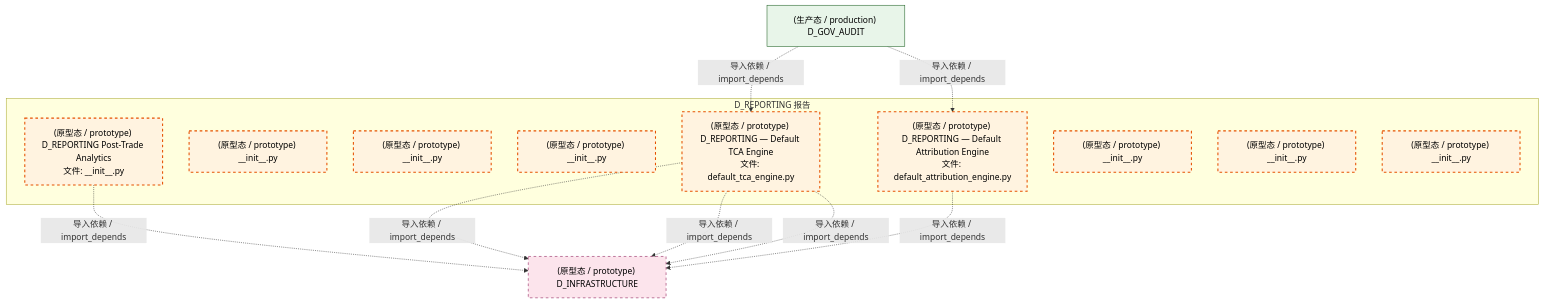
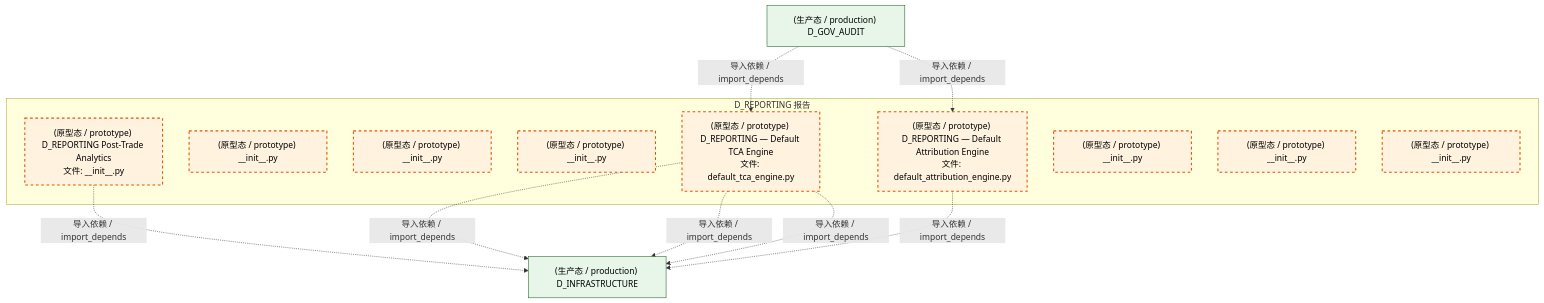
Before and after one commit to xuanFelixVan/ZephyrAlpha: the third of 4 diagrams in docs/02_enterprise_architecture/02_domain_architecture_docs/23_d_reporting.md, drawn with Mermaid. The commit also changed other lines of this file and 125 other files, not shown here.

````diff
--- a/docs/02_enterprise_architecture/02_domain_architecture_docs/23_d_reporting.md
+++ b/docs/02_enterprise_architecture/02_domain_architecture_docs/23_d_reporting.md
@@ -153,30 +153,29 @@
 ```mermaid
 graph TD
     subgraph D_REPORTING["D_REPORTING 报告"]
         src_zephyr_reporting_init_py["(原型态 / prototype) D_REPORTING Post-Trade Analytics<br/>文件: __init__.py"]
         src_zephyr_reporting_extensions_init_py["(原型态 / prototype) __init__.py"]
         src_zephyr_reporting_api_init_py["(原型态 / prototype) __init__.py"]
         src_zephyr_reporting_core_init_py["(原型态 / prototype) __init__.py"]
         src_zephyr_reporting_default_attribution_engine_py["(原型态 / prototype) D_REPORTING — Default Attribution Engine<br/>文件: default_attribution_engine.py"]
         src_zephyr_reporting_default_tca_engine_py["(原型态 / prototype) D_REPORTING — Default TCA Engine<br/>文件: default_tca_engine.py"]
         src_zephyr_reporting_infrastructure_init_py["(原型态 / prototype) __init__.py"]
         src_zephyr_reporting_models_init_py["(原型态 / prototype) __init__.py"]
         src_zephyr_reporting_services_init_py["(原型态 / prototype) __init__.py"]
     end
-    D_INFRASTRUCTURE["(原型态 / prototype) D_INFRASTRUCTURE"]
-    src_zephyr_reporting_default_tca_engine_py -.->|导入依赖 / import_depends| D_INFRASTRUCTURE
+    D_INFRASTRUCTURE["(生产态 / production) D_INFRASTRUCTURE"]
     src_zephyr_reporting_default_attribution_engine_py -.->|导入依赖 / import_depends| D_INFRASTRUCTURE
     src_zephyr_reporting_default_tca_engine_py -.->|导入依赖 / import_depends| D_INFRASTRUCTURE
     src_zephyr_reporting_init_py -.->|导入依赖 / import_depends| D_INFRASTRUCTURE
+    src_zephyr_reporting_default_tca_engine_py -.->|导入依赖 / import_depends| D_INFRASTRUCTURE
     src_zephyr_reporting_default_tca_engine_py -.->|导入依赖 / import_depends| D_INFRASTRUCTURE
     D_GOV_AUDIT["(生产态 / production) D_GOV_AUDIT"]
     D_GOV_AUDIT -.->|导入依赖 / import_depends| src_zephyr_reporting_default_tca_engine_py
     D_GOV_AUDIT -.->|导入依赖 / import_depends| src_zephyr_reporting_default_attribution_engine_py
     classDef production fill:#e1f5fe,stroke:#01579b,stroke-width:2px,color:#000
     classDef design fill:#fff3e0,stroke:#e65100,stroke-width:2px,color:#000,stroke-dasharray: 5 5
     classDef external_prod fill:#e8f5e9,stroke:#1b5e20,stroke-width:1px,color:#000
     classDef external_design fill:#fce4ec,stroke:#880e4f,stroke-width:1px,color:#000,stroke-dasharray: 5 5
     class src_zephyr_reporting_init_py,src_zephyr_reporting_extensions_init_py,src_zephyr_reporting_api_init_py,src_zephyr_reporting_core_init_py,src_zephyr_reporting_default_attribution_engine_py,src_zephyr_reporting_default_tca_engine_py,src_zephyr_reporting_infrastructure_init_py,src_zephyr_reporting_models_init_py,src_zephyr_reporting_services_init_py design
-    class D_GOV_AUDIT external_prod
-    class D_INFRASTRUCTURE external_design
+    class D_INFRASTRUCTURE,D_GOV_AUDIT external_prod
 ```
````
